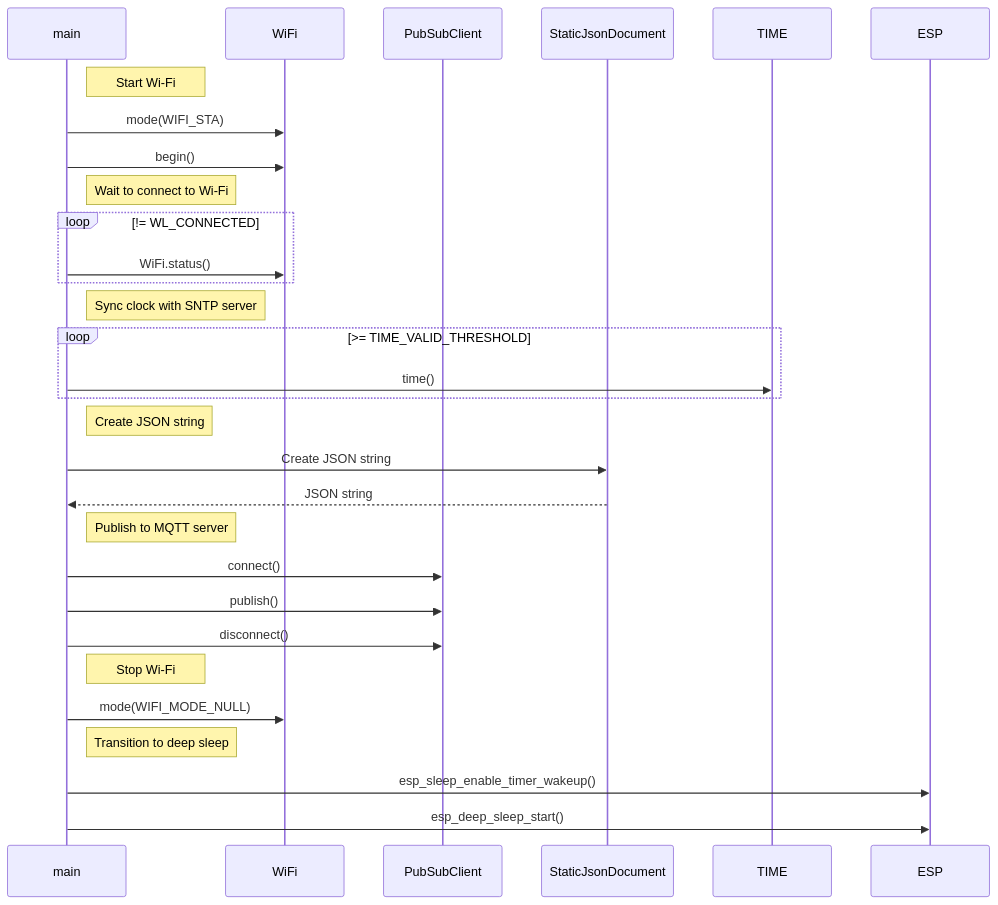
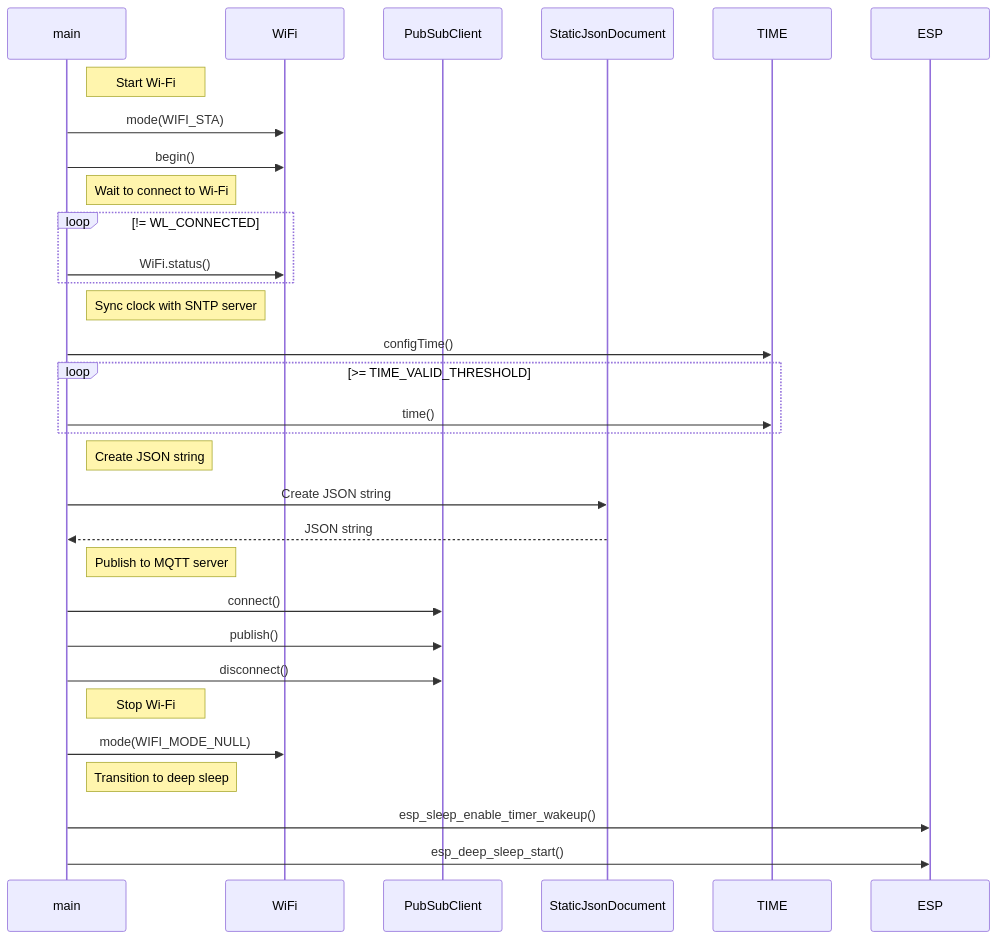
The second of 2 diagrams in src/WiFi/MqttsPubClient/README.md (SeeedJP/xiaoesp32c3_examples), drawn with Mermaid before and after one commit. The commit also changed other lines of this file and 1 other file, not shown here.

````diff
--- a/src/WiFi/MqttsPubClient/README.md
+++ b/src/WiFi/MqttsPubClient/README.md
@@ -42,40 +42,41 @@
 ```mermaid
 
 sequenceDiagram
     participant main
     participant WiFi
     participant PubSubClient
     participant StaticJsonDocument
     participant TIME
     participant ESP
 
     note right of main: Start Wi-Fi
     main->>WiFi: mode(WIFI_STA)
     main->>WiFi: begin()
 
     note right of main: Wait to connect to Wi-Fi
     loop != WL_CONNECTED
         main->>WiFi: WiFi.status()
     end
 
     note right of main: Sync clock with SNTP server
+    main->>TIME: configTime()
     loop >= TIME_VALID_THRESHOLD
         main->>TIME: time()
     end
 
     note right of main: Create JSON string
     main->>StaticJsonDocument: Create JSON string
     StaticJsonDocument-->>main: JSON string
 
     note right of main: Publish to MQTT server
     main->>PubSubClient: connect()
     main->>PubSubClient: publish()
     main->>PubSubClient: disconnect()
 
     note right of main: Stop Wi-Fi
     main->>WiFi: mode(WIFI_MODE_NULL)
 
     note right of main: Transition to deep sleep
     main->>ESP: esp_sleep_enable_timer_wakeup()
     main->>ESP: esp_deep_sleep_start()
 ```
````
